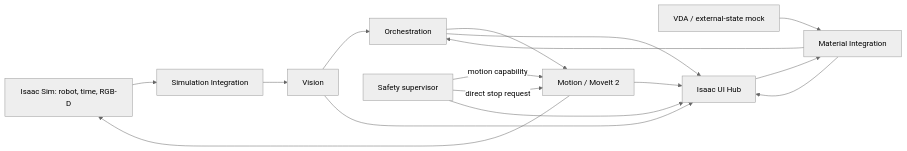
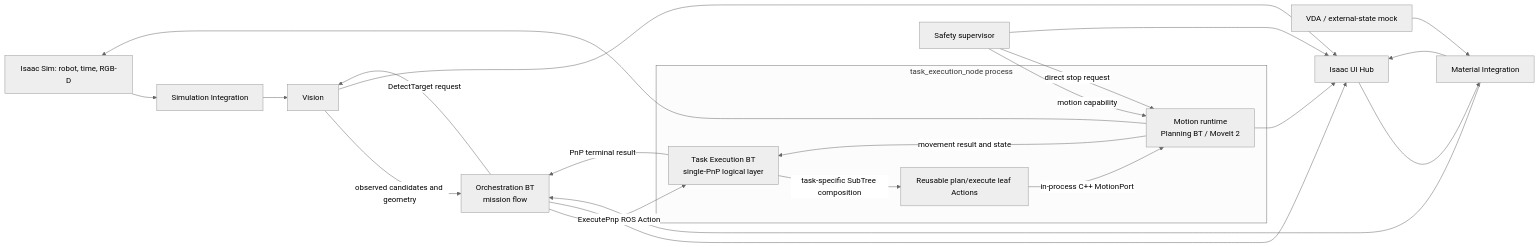
One commit to dev-kibeom/sftwin-arm-cell changed the diagram in README.en.md. Above: the diagram before and after it, drawn with Mermaid (neutral theme). The commit also changed other lines of this file and 4 other files, not shown here.

Commit message:
docs(release): explain v0.3.0 architecture changes

````diff
--- a/README.en.md
+++ b/README.en.md
@@ -31,18 +31,28 @@
 ```mermaid
 flowchart LR
     Isaac[Isaac Sim: robot, time, RGB-D] --> Integration[Simulation Integration]
     Integration --> Vision[Vision]
-    Vision --> Orchestration[Orchestration]
-    Orchestration --> Motion[Motion / MoveIt 2]
+    Vision -->|observed candidates and geometry| Orchestration[Orchestration BT<br/>mission flow]
+    Orchestration -->|DetectTarget request| Vision
+    Orchestration -->|ExecutePnp ROS Action| TaskExecution
+    subgraph TaskRuntime[task_execution_node process]
+        TaskExecution[Task Execution BT<br/>single-PnP logical layer]
+        MotionActions[Reusable plan/execute leaf Actions]
+        Motion[Motion runtime<br/>Planning BT / MoveIt 2]
+        TaskExecution -->|task-specific SubTree composition| MotionActions
+        MotionActions -->|in-process C++ MotionPort| Motion
+        Motion -->|movement result and state| TaskExecution
+    end
+    TaskExecution -->|PnP terminal result| Orchestration
     Motion --> Isaac
     VDA[VDA / external-state mock] --> Material[Material Integration]
     Hub[Isaac UI Hub] --> Material
     Material --> Orchestration
     Safety[Safety supervisor] -->|motion capability| Motion
     Safety -->|direct stop request| Motion
     Orchestration --> Hub
     Vision --> Hub
     Motion --> Hub
     Safety --> Hub
     Material --> Hub
 ```
````
